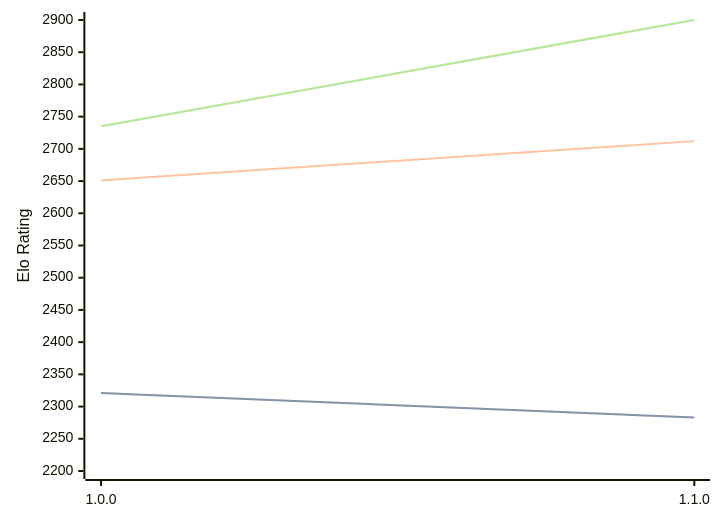
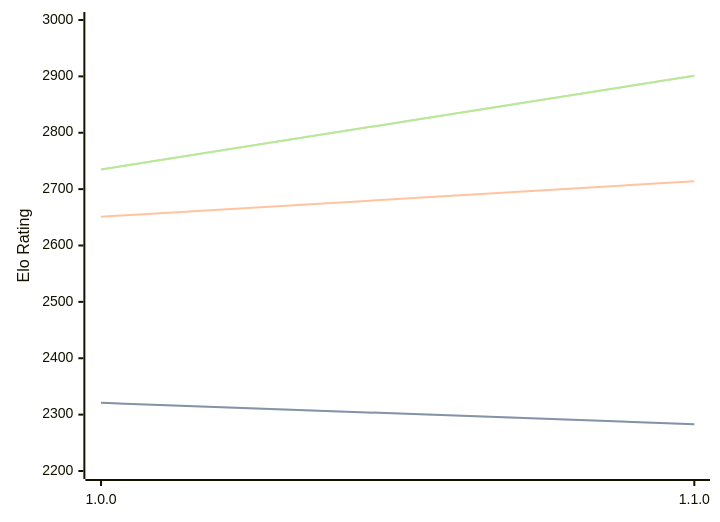
One commit to computer-chess-index/cci changed the first of 3 diagrams in engines/ShallowGuess.md. Above: the diagram before and after it, drawn with Mermaid. The commit also changed other lines of this file, not shown here.

Commit message:
Update CCI Ratings (ELO VLTC) - 2026-07-14

````diff
--- a/engines/ShallowGuess.md
+++ b/engines/ShallowGuess.md
@@ -36,11 +36,11 @@
 ```mermaid
 %%{init: {"theme":"base","themeVariables":{"seriesColors:['#a3a3a3','#222221','#faa371']}}}%%
 xychart-beta
   x-axis ["1.0.0", "1.1.0"]
-  y-axis "Elo Rating" 2200 --> 2900
+  y-axis "Elo Rating" 2200 --> 3000
   line "STC (8.0+0.08s)" [2321, 2283]
   line "STC (8.0+0.08s)" [2321, 2283]
-  line "LTC (60.0+0.60s)" [2651, 2712]
-  line "VLTC (2m24s+1.12s)" [2735, 2900]
-  line "VLTC (2m24s+1.12s)" [2735, 2900]
+  line "LTC (60.0+0.60s)" [2651, 2714]
+  line "VLTC (2m24s+1.12s)" [2735, 2901]
+  line "VLTC (2m24s+1.12s)" [2735, 2901]
 ```
````
